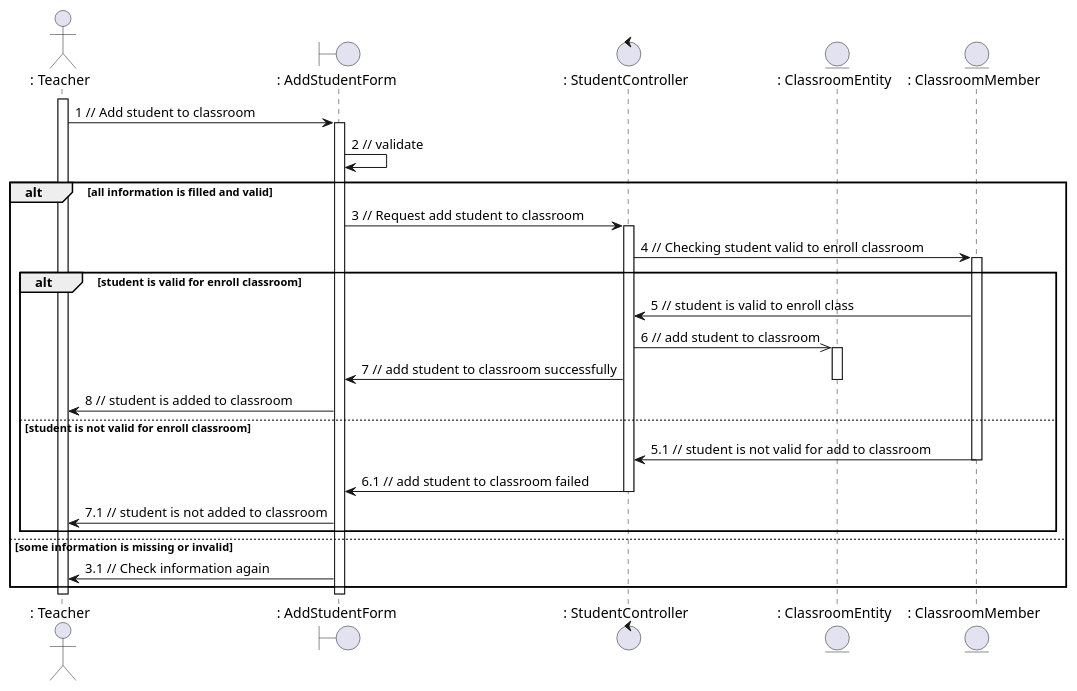
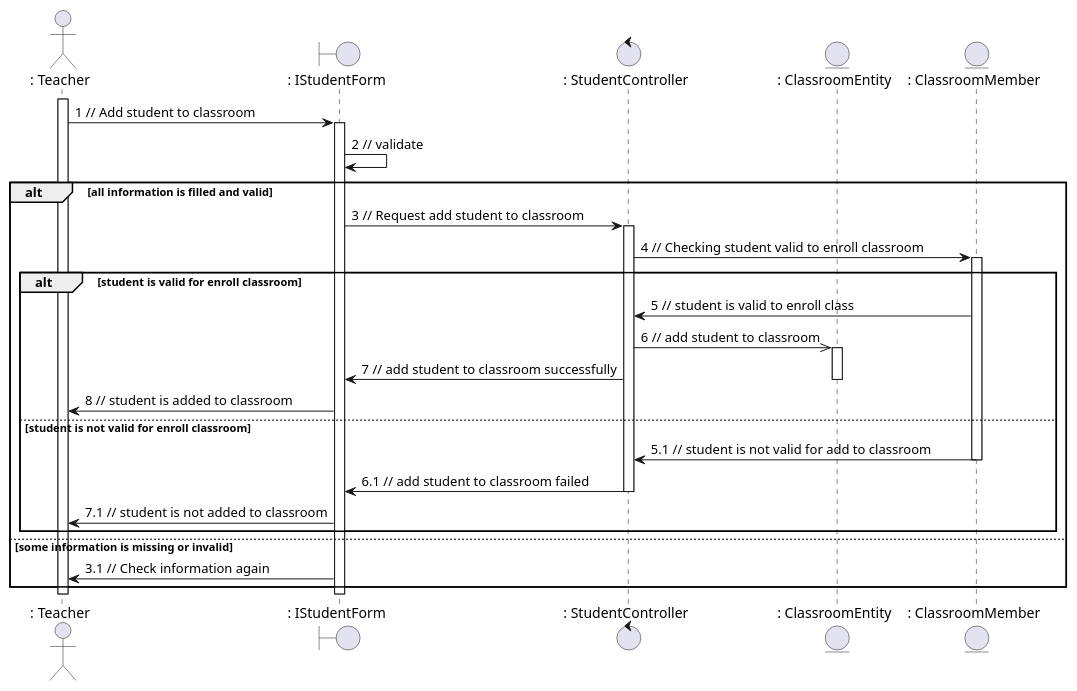
Before and after one commit to anonyhostvn/OOAD-Diagram: the diagram in sequence - analaysis/student /addStudent.plantuml, drawn with PlantUML. The commit also changed 5 other files, not shown here.

```diff
--- a/sequence - analaysis/student /addStudent.plantuml
+++ b/sequence - analaysis/student /addStudent.plantuml
@@ -1,40 +1,40 @@
 @startuml addStudent
 
 actor ": Teacher"
-boundary ": AddStudentForm"
+boundary ": IStudentForm"
 control ": StudentController"
 entity ": ClassroomEntity"
 entity ": ClassroomMember"
 
 activate ": Teacher"
-": Teacher" -> ": AddStudentForm": 1 // Add student to classroom
-activate ": AddStudentForm"
-": AddStudentForm" -> ": AddStudentForm": 2 // validate 
+": Teacher" -> ": IStudentForm": 1 // Add student to classroom
+activate ": IStudentForm"
+": IStudentForm" -> ": IStudentForm": 2 // validate 
 alt all information is filled and valid
-    ": AddStudentForm" -> ": StudentController": 3 // Request add student to classroom
+    ": IStudentForm" -> ": StudentController": 3 // Request add student to classroom
     activate ": StudentController"
     ": StudentController" -> ": ClassroomMember": 4 // Checking student valid to enroll classroom
     activate ": ClassroomMember"
     alt student is valid for enroll classroom
         ": ClassroomMember" -> ": StudentController": 5 // student is valid to enroll class
         ": StudentController" ->> ": ClassroomEntity": 6 // add student to classroom
         activate ": ClassroomEntity" 
-        ": StudentController" -> ": AddStudentForm": 7 // add student to classroom successfully
+        ": StudentController" -> ": IStudentForm": 7 // add student to classroom successfully
         deactivate ": ClassroomEntity"
-        ": AddStudentForm" -> ": Teacher": 8 // student is added to classroom
+        ": IStudentForm" -> ": Teacher": 8 // student is added to classroom
 
     else student is not valid for enroll classroom
         ": ClassroomMember" -> ": StudentController": 5.1 // student is not valid for add to classroom
         deactivate ": ClassroomMember"
-        ": StudentController" -> ": AddStudentForm": 6.1 // add student to classroom failed
+        ": StudentController" -> ": IStudentForm": 6.1 // add student to classroom failed
         deactivate ": StudentController"
-        ": AddStudentForm" -> ": Teacher": 7.1 // student is not added to classroom
+        ": IStudentForm" -> ": Teacher": 7.1 // student is not added to classroom
     end
 else some information is missing or invalid
-   ": AddStudentForm" -> ": Teacher": 3.1 // Check information again 
+   ": IStudentForm" -> ": Teacher": 3.1 // Check information again 
 end
 
-deactivate ": AddStudentForm"
+deactivate ": IStudentForm"
 deactivate ": Teacher"
 
 @enduml
```
